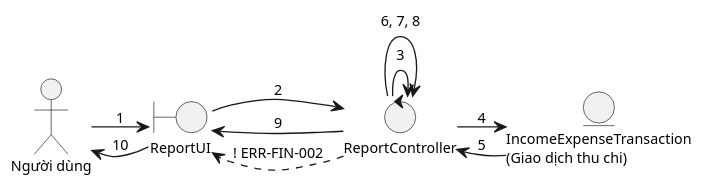
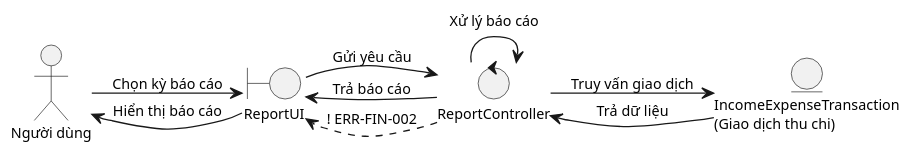
Before and after one commit to mynhleeh/pfms-oop: the second of 3 diagrams in docs/object-oriented-analysis/06-so-do-robustness-va-the-crc.md, drawn with PlantUML. The commit also changed other lines of this file and 2 other files, not shown here.

Commit message:
docs(ooa): enhance data transformation specifications and robustness diagrams for category management operations

````diff
--- a/docs/object-oriented-analysis/06-so-do-robustness-va-the-crc.md
+++ b/docs/object-oriented-analysis/06-so-do-robustness-va-the-crc.md
@@ -164,26 +165,25 @@
 ```plantuml
 @startuml
 left to right direction
 skinparam defaultFontSize 11
 skinparam nodesep 20
 skinparam ranksep 30
 skinparam shadowing false
 scale 1.3
 
 actor "Người dùng" as user
 boundary "ReportUI" as view
 control "ReportController" as ctrl
 entity "IncomeExpenseTransaction\n(Giao dịch thu chi)" as txEnt
 
-user --> view : 1
-view --> ctrl : 2
-ctrl --> ctrl : 3
-ctrl --> txEnt : 4
-txEnt --> ctrl : 5
-ctrl --> ctrl : 6, 7, 8
-ctrl --> view : 9
-view --> user : 10
+user --> view : Chọn kỳ báo cáo
+view --> ctrl : Gửi yêu cầu
+ctrl --> txEnt : Truy vấn giao dịch
+txEnt --> ctrl : Trả dữ liệu
+ctrl --> ctrl : Xử lý báo cáo
+ctrl --> view : Trả báo cáo
+view --> user : Hiển thị báo cáo
 
 ctrl ..> view : ! ERR-FIN-002
 @enduml
 ```
````
